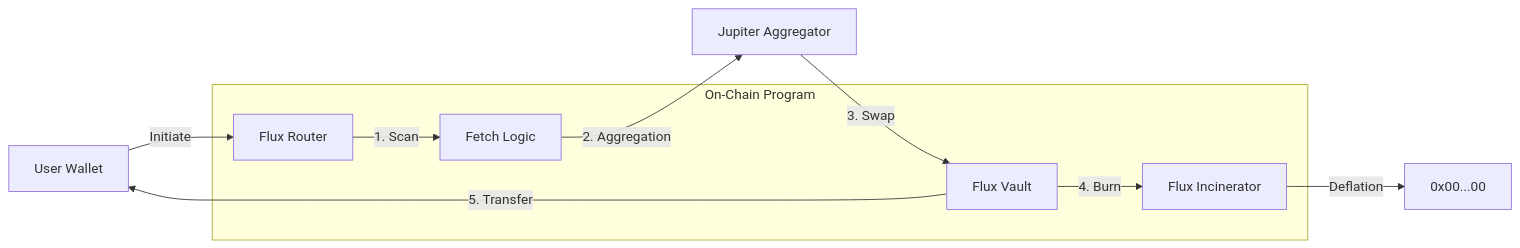
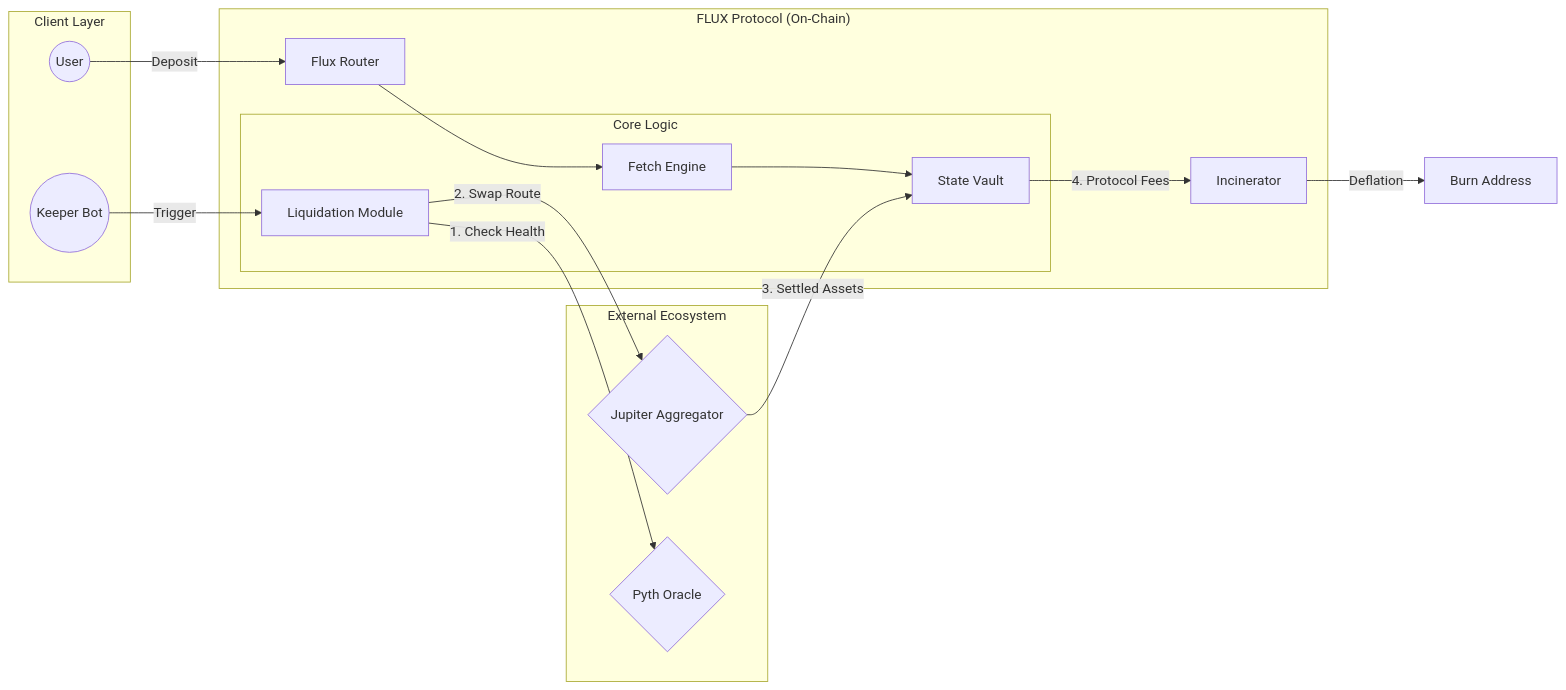
The diagram in README.md (haiseskibidi/FLUX-sdk), drawn with Mermaid before and after one commit. The commit also changed other lines of this file and 13 other files, not shown here.

````diff
--- a/README.md
+++ b/README.md
@@ -27,17 +40,32 @@
 ```mermaid
 graph LR
-    User[User Wallet] -->|Initiate| Router[Flux Router]
-    Router -->|1. Scan| Fetch[Fetch Logic]
-    Fetch -->|2. Aggregation| Jupiter[Jupiter Aggregator]
-    Jupiter -->|3. Swap| Vault[Flux Vault]
-    Vault -->|4. Burn| Incinerator[Flux Incinerator]
-    Incinerator -->|Deflation| Null[0x00...00]
-    Vault -->|5. Transfer| User
-    
-    subgraph "On-Chain Program"
-    Router
-    Fetch
-    Vault
-    Incinerator
+    subgraph "Client Layer"
+      User((User))
+      Keeper((Keeper Bot))
     end
+
+    subgraph "FLUX Protocol (On-Chain)"
+      Router[Flux Router]
+      subgraph "Core Logic"
+        Fetch[Fetch Engine]
+        Liq[Liquidation Module]
+        Vault[State Vault]
+      end
+      Incin[Incinerator]
+    end
+
+    subgraph "External Ecosystem"
+      Jup{Jupiter Aggregator}
+      Pyth{Pyth Oracle}
+    end
+
+    User -->|Deposit| Router
+    Keeper -->|Trigger| Liq
+    Router --> Fetch
+    Fetch --> Vault
+    Liq -->|1. Check Health| Pyth
+    Liq -->|2. Swap Route| Jup
+    Jup -->|3. Settled Assets| Vault
+    Vault -->|4. Protocol Fees| Incin
+    Incin -->|Deflation| Null[Burn Address]
 ```
````
